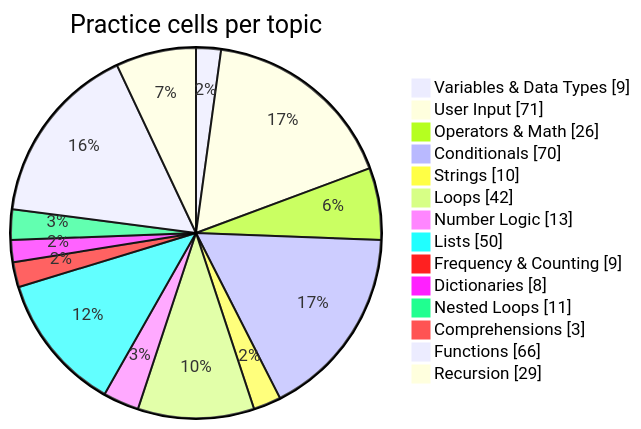
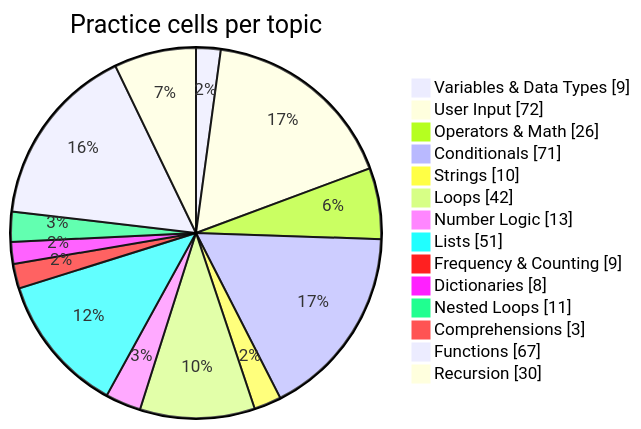
Before and after one commit to Phantom2101/Python-Daily-Practice: the diagram in README.md, drawn with Mermaid. The commit also changed other lines of this file and 1 other file, not shown here.

````diff
--- a/README.md
+++ b/README.md
@@ -126,17 +126,17 @@
 ```mermaid
 pie showData title Practice cells per topic
     "Variables & Data Types" : 9
-    "User Input" : 71
+    "User Input" : 72
     "Operators & Math" : 26
-    "Conditionals" : 70
+    "Conditionals" : 71
     "Strings" : 10
     "Loops" : 42
     "Number Logic" : 13
-    "Lists" : 50
+    "Lists" : 51
     "Frequency & Counting" : 9
     "Dictionaries" : 8
     "Nested Loops" : 11
     "Comprehensions" : 3
-    "Functions" : 66
-    "Recursion" : 29
+    "Functions" : 67
+    "Recursion" : 30
 ```
````
